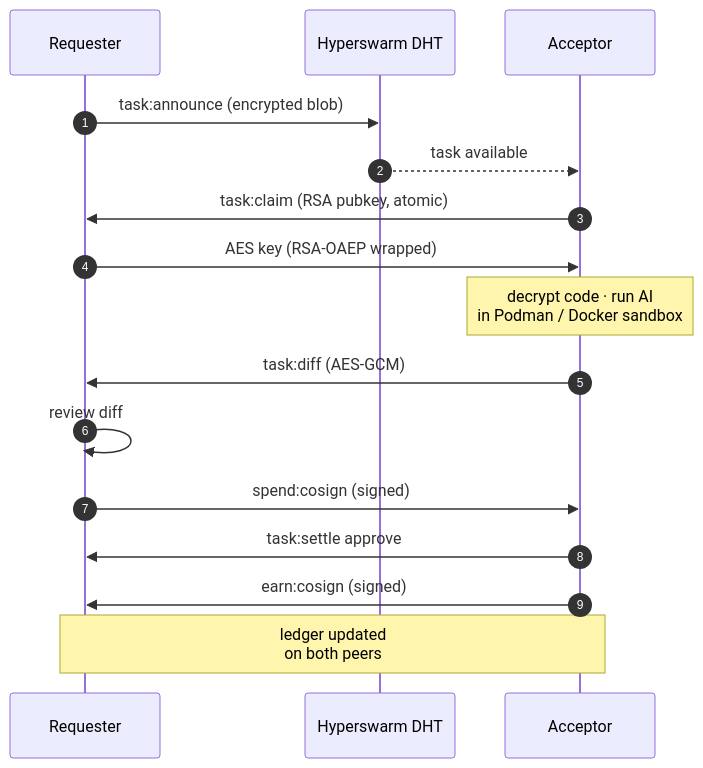
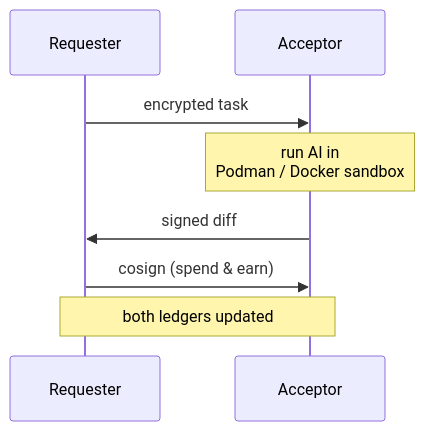
Before and after one commit to Doheon/agent-share: the diagram in README.md, drawn with Mermaid. The commit also changed other lines of this file and 2 other files, not shown here.

First line of the commit message:
docs: focus README on TUI as primary entry, simplify mermaid

````diff
--- a/README.md
+++ b/README.md
@@ -146,19 +126,10 @@
 ```mermaid
 sequenceDiagram
-    autonumber
     participant R as Requester
-    participant DHT as Hyperswarm DHT
     participant A as Acceptor
-
-    R->>DHT: task:announce (encrypted blob)
-    DHT-->>A: task available
-    A->>R: task:claim (RSA pubkey, atomic)
-    R->>A: AES key (RSA-OAEP wrapped)
-    Note over A: decrypt code · run AI<br/>in Podman / Docker sandbox
-    A->>R: task:diff (AES-GCM)
-    R->>R: review diff
-    R->>A: spend:cosign (signed)
-    A->>R: task:settle approve
-    A->>R: earn:cosign (signed)
-    Note over R,A: ledger updated<br/>on both peers
+    R->>A: encrypted task
+    Note over A: run AI in<br/>Podman / Docker sandbox
+    A->>R: signed diff
+    R->>A: cosign (spend & earn)
+    Note over R,A: both ledgers updated
 ```
````
